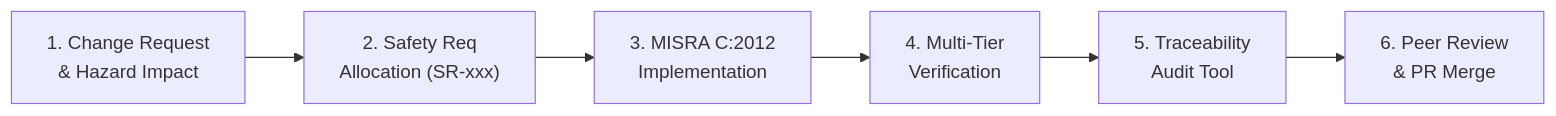
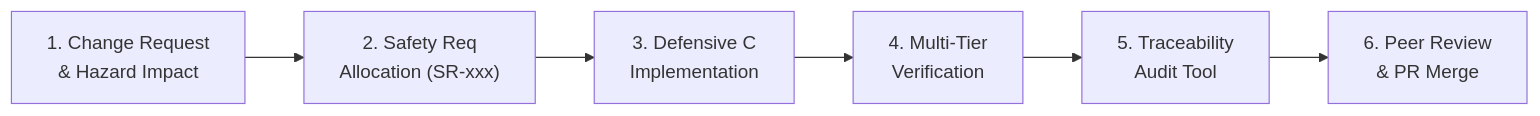
The diagram in docs/MODIFICATION_PROTOCOL.md (mouad11-11/Bare-Metal-AMP-TMR-Flight-Computer), drawn with Mermaid before and after one commit. The commit also changed other lines of this file and 23 other files, not shown here.

Commit message:
docs: remove certification standard references and streamline architecture specifications

````diff
--- a/docs/MODIFICATION_PROTOCOL.md
+++ b/docs/MODIFICATION_PROTOCOL.md
@@ -46,8 +46,8 @@
 ```mermaid
 flowchart LR
     G1["1. Change Request<br/>& Hazard Impact"] --> G2["2. Safety Req<br/>Allocation (SR-xxx)"]
-    G2 --> G3["3. MISRA C:2012<br/>Implementation"]
+    G2 --> G3["3. Defensive C<br/>Implementation"]
     G3 --> G4["4. Multi-Tier<br/>Verification"]
     G4 --> G5["5. Traceability<br/>Audit Tool"]
     G5 --> G6["6. Peer Review<br/>& PR Merge"]
 ```
````
